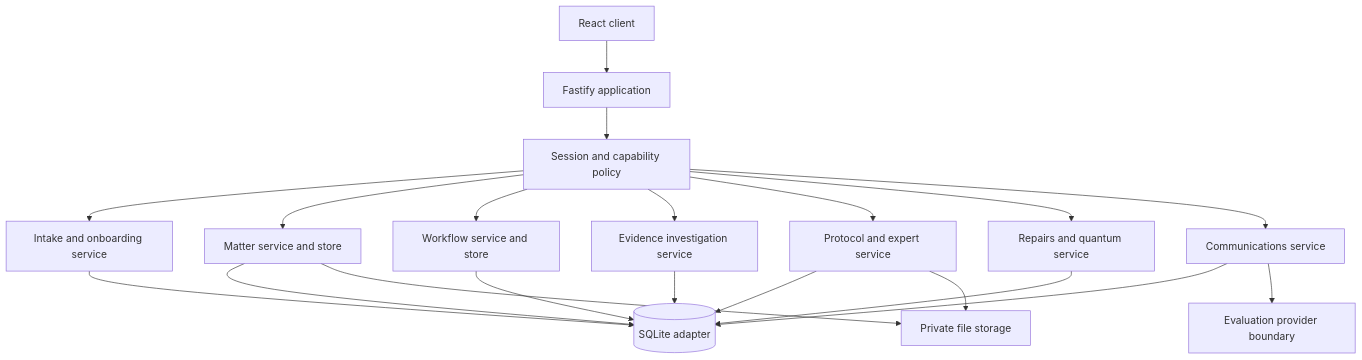
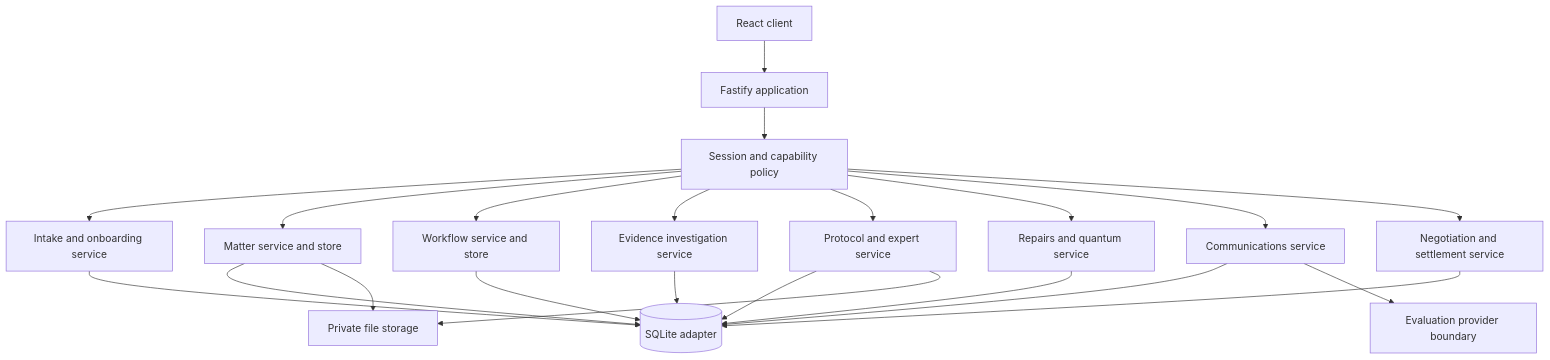
Before and after one commit to Ments123/SwiftClaim: the diagram in README.md, drawn with Mermaid. The commit also changed other lines of this file and 41 other files, not shown here.

First line of the commit message:
feat: add governed negotiation and settlement authority (#5)

````diff
--- a/README.md
+++ b/README.md
@@ -201,22 +220,24 @@
 ```mermaid
 flowchart TD
   Browser[React client] --> API[Fastify application]
   API --> Policy[Session and capability policy]
   Policy --> Intake["Intake and onboarding service"]
   Policy --> Matter["Matter service and store"]
   Policy --> Workflow["Workflow service and store"]
   Policy --> Evidence["Evidence investigation service"]
   Policy --> Protocol["Protocol and expert service"]
   Policy --> Quantum["Repairs and quantum service"]
   Policy --> Communications["Communications service"]
+  Policy --> Negotiation["Negotiation and settlement service"]
   Intake --> DB[(SQLite adapter)]
   Matter --> DB[(SQLite adapter)]
   Workflow --> DB
   Evidence --> DB
   Protocol --> DB
   Quantum --> DB
   Communications --> DB
+  Negotiation --> DB
   Communications --> Provider["Evaluation provider boundary"]
   Protocol --> Files
   Matter --> Files[Private file storage]
 ```
````
